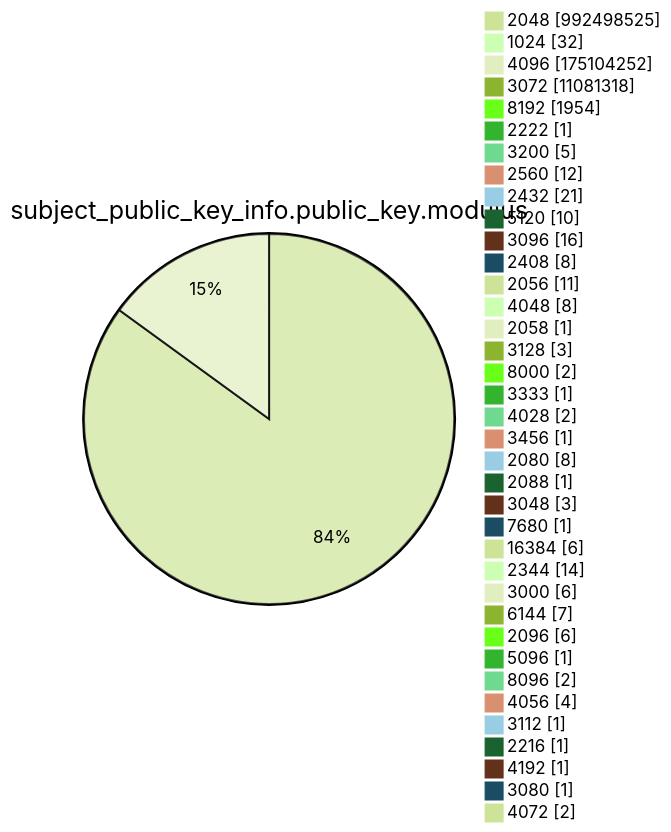
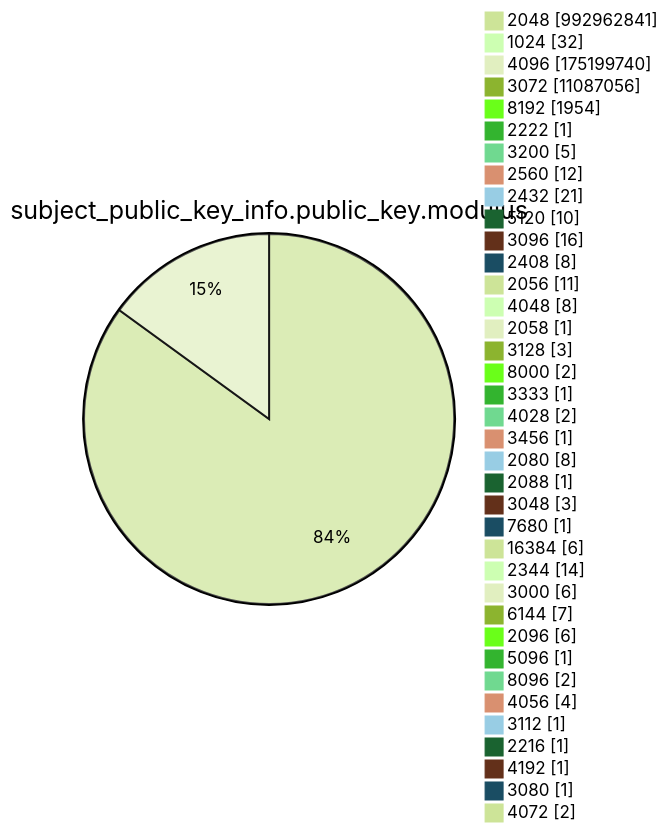
Before and after one commit to christiankrug/ctmonitor_visualization: diagram 13 of 15 in argon2022/README.md, drawn with Mermaid (forest theme). The commit also changed other lines of this file, not shown here.

````diff
--- a/argon2022/README.md
+++ b/argon2022/README.md
@@ -3587,41 +3587,41 @@
 ```mermaid
 pie showData
 title subject_public_key_info.public_key.modulus
-"2048" :992498525
+"2048" :992962841
 "1024" :32
-"4096" :175104252
-"3072" :11081318
+"4096" :175199740
+"3072" :11087056
 "8192" :1954
 "2222" :1
 "3200" :5
 "2560" :12
 "2432" :21
 "5120" :10
 "3096" :16
 "2408" :8
 "2056" :11
 "4048" :8
 "2058" :1
 "3128" :3
 "8000" :2
 "3333" :1
 "4028" :2
 "3456" :1
 "2080" :8
 "2088" :1
 "3048" :3
 "7680" :1
 "16384" :6
 "2344" :14
 "3000" :6
 "6144" :7
 "2096" :6
 "5096" :1
 "8096" :2
 "4056" :4
 "3112" :1
 "2216" :1
 "4192" :1
 "3080" :1
 "4072" :2
 ```
````
